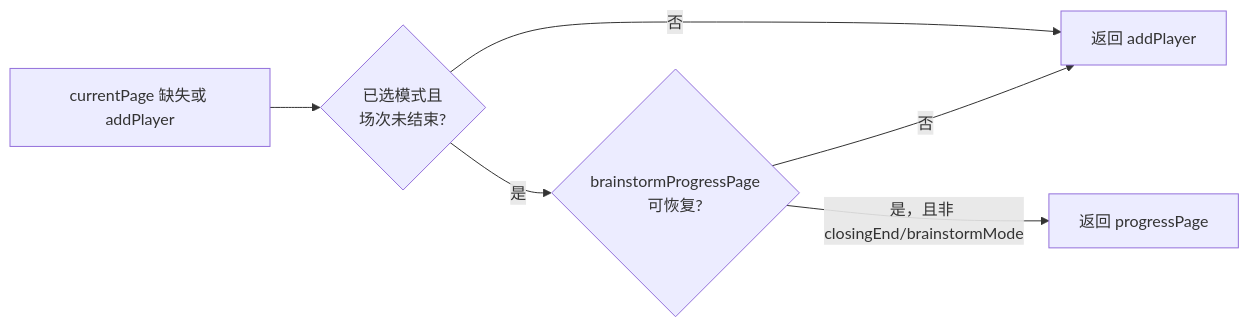
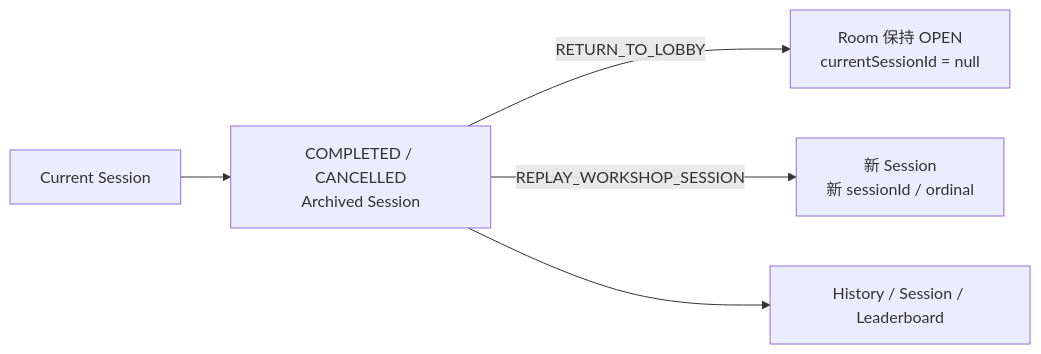
Before and after one commit to Bubble-419/cardboard-miniprogram: diagram 13 of 14 in docs/ROOM_BUSINESS_FLOWS.md, drawn with Mermaid. The commit also changed other lines of this file and 26 other files, not shown here.

````diff
--- a/docs/ROOM_BUSINESS_FLOWS.md
+++ b/docs/ROOM_BUSINESS_FLOWS.md
@@ -376,14 +303,13 @@
 ```mermaid
 flowchart LR
-  A[currentPage 缺失或 addPlayer]
-  B{已选模式且<br/>场次未结束?}
-  C{brainstormProgressPage<br/>可恢复?}
-  D[返回 progressPage]
-  E[返回 addPlayer]
+  RUN[Current Session]
+  DONE[COMPLETED / CANCELLED<br/>Archived Session]
+  LOBBY[Room 保持 OPEN<br/>currentSessionId = null]
+  REPLAY[新 Session<br/>新 sessionId / ordinal]
+  HISTORY[History / Session / Leaderboard]
 
-  A --> B
-  B -->|否| E
-  B -->|是| C
-  C -->|是，且非 closingEnd/brainstormMode| D
-  C -->|否| E
+  RUN --> DONE
+  DONE -->|RETURN_TO_LOBBY| LOBBY
+  DONE -->|REPLAY_WORKSHOP_SESSION| REPLAY
+  DONE --> HISTORY
 ```
````
